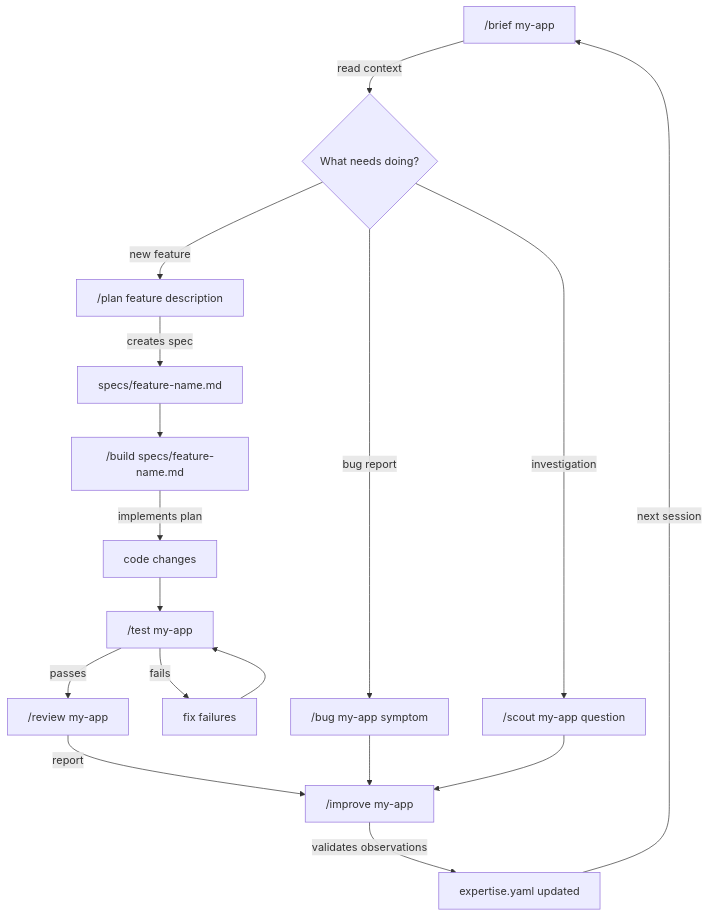
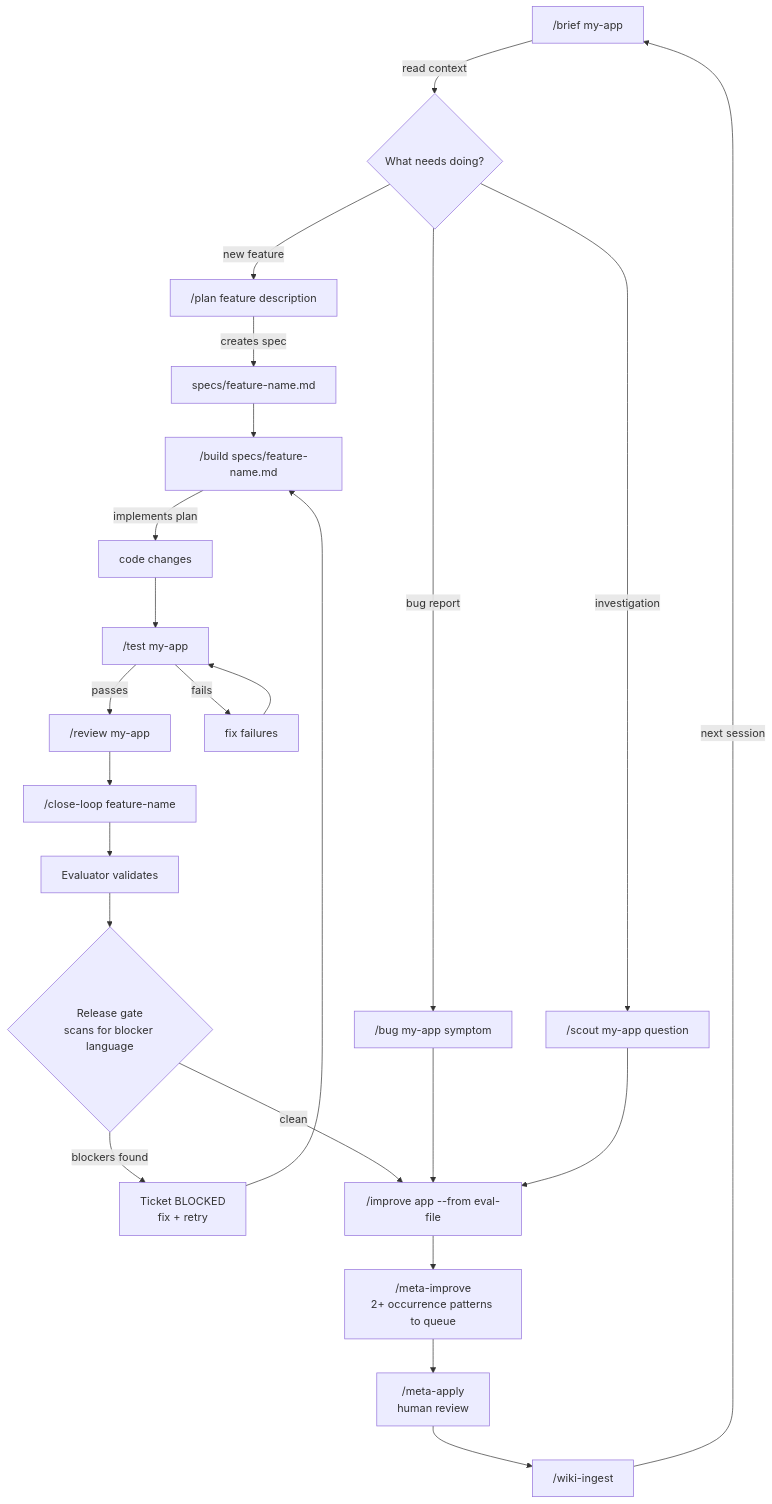
The second of 5 diagrams in wiki/diagrams/command-flow.md (spotcircuit/rebar), drawn with Mermaid before and after one commit. The commit also changed other lines of this file and 95 other files, not shown here.

````diff
--- a/wiki/diagrams/command-flow.md
+++ b/wiki/diagrams/command-flow.md
@@ -22,21 +22,29 @@
 ```mermaid
 flowchart TD
     A["/brief my-app"] -->|read context| B{What needs doing?}
     B -->|new feature| C["/plan feature description"]
     B -->|bug report| D["/bug my-app symptom"]
     B -->|investigation| E["/scout my-app question"]
 
     C -->|creates spec| F[specs/feature-name.md]
     F --> G["/build specs/feature-name.md"]
     G -->|implements plan| H[code changes]
     H --> I["/test my-app"]
     I -->|passes| J["/review my-app"]
     I -->|fails| K[fix failures]
     K --> I
 
-    J -->|report| L["/improve my-app"]
-    D --> L
-    E --> L
-    L -->|validates observations| M[expertise.yaml updated]
-    M -->|next session| A
+    J --> CL["/close-loop feature-name"]
+    CL --> EV[Evaluator validates]
+    EV --> GATE{Release gate<br>scans for blocker language}
+    GATE -->|blockers found| BLOCKED[Ticket BLOCKED<br>fix + retry]
+    GATE -->|clean| IMP["/improve app --from eval-file"]
+    IMP --> MI["/meta-improve<br>2+ occurrence patterns to queue"]
+    MI --> APPLY["/meta-apply<br>human review"]
+    APPLY --> WI["/wiki-ingest"]
+
+    BLOCKED --> G
+    D --> IMP
+    E --> IMP
+    WI -->|next session| A
 ```
````
